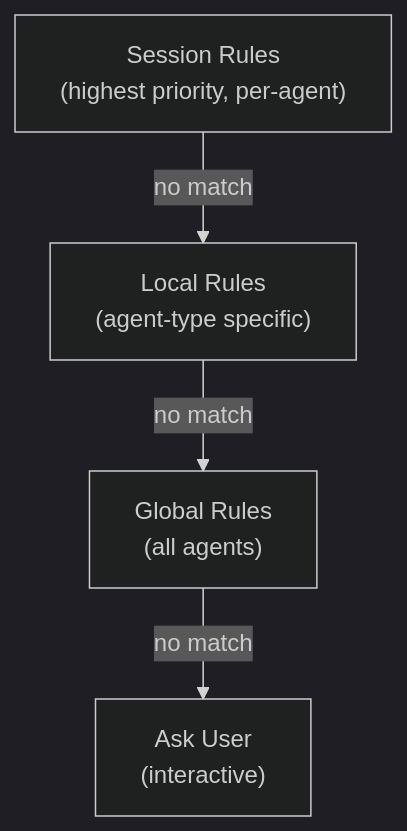
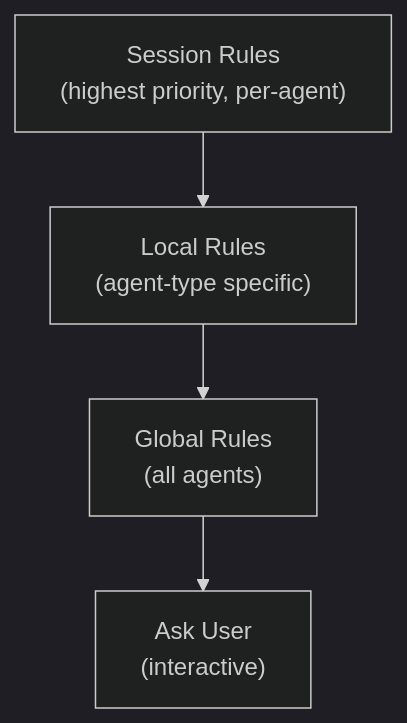
The second of 2 diagrams in docs/concepts/runtime.mdx (HourSense/picrust), drawn with Mermaid (dark theme) before and after one commit. The commit also changed 9 other files, not shown here.

Commit message:
Add custom CSS for Mermaid diagrams and update documentation for improved clarity with HTML line breaks.

````diff
--- a/docs/concepts/runtime.mdx
+++ b/docs/concepts/runtime.mdx
@@ -368,11 +368,11 @@
 ```mermaid
 flowchart TB
-    S["Session Rules\n(highest priority, per-agent)"]
-    L["Local Rules\n(agent-type specific)"]
-    G["Global Rules\n(all agents)"]
-    U["Ask User\n(interactive)"]
+    S["Session Rules<br/>(highest priority, per-agent)"]
+    L["Local Rules<br/>(agent-type specific)"]
+    G["Global Rules<br/>(all agents)"]
+    U["Ask User<br/>(interactive)"]
 
-    S -- "no match" --> L
-    L -- "no match" --> G
-    G -- "no match" --> U
+    S --> L
+    L --> G
+    G --> U
 ```
````
